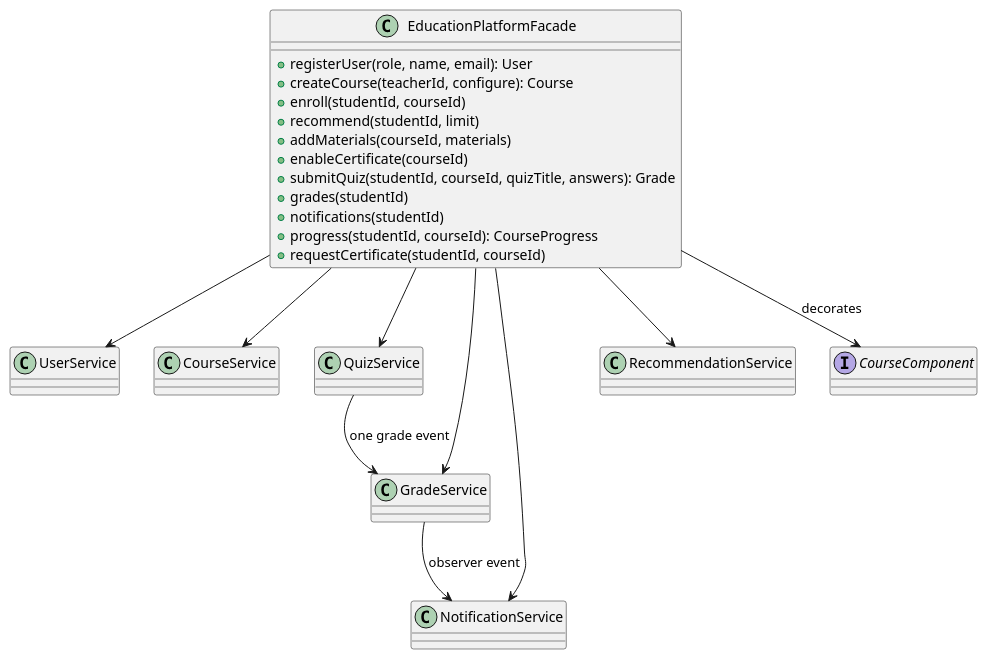
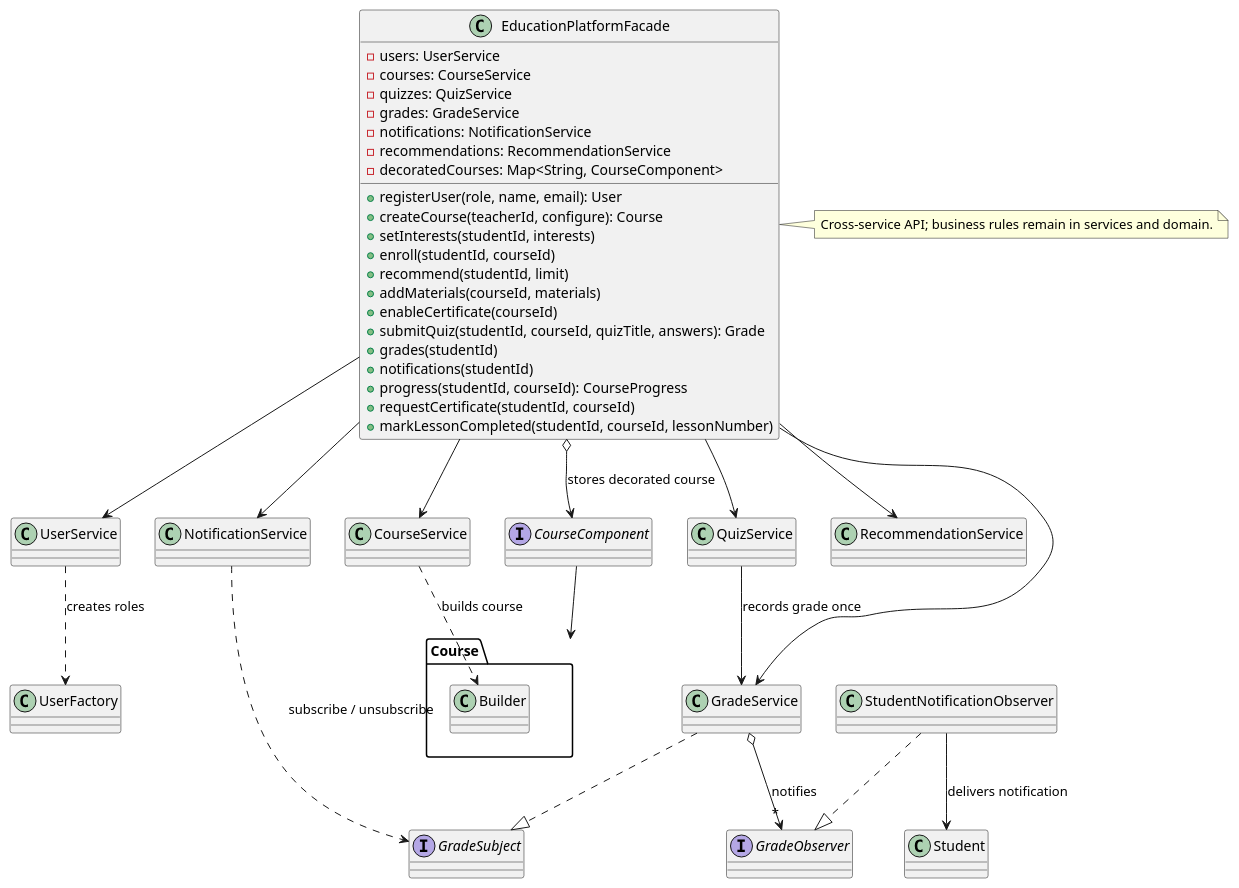
Before and after one commit to vuus1d/SDP_Final_Online-Education-Platform: the diagram in docs/uml/facade-class.puml, drawn with PlantUML. The commit also changed 44 other files, not shown here.

Commit message:
fix: harden quiz progress and observer consistency

```diff
--- a/docs/uml/facade-class.puml
+++ b/docs/uml/facade-class.puml
@@ -1,31 +1,52 @@
 @startuml
 class EducationPlatformFacade {
+ -users: UserService
+ -courses: CourseService
+ -quizzes: QuizService
+ -grades: GradeService
+ -notifications: NotificationService
+ -recommendations: RecommendationService
+ -decoratedCourses: Map<String, CourseComponent>
  +registerUser(role, name, email): User
  +createCourse(teacherId, configure): Course
+ +setInterests(studentId, interests)
  +enroll(studentId, courseId)
  +recommend(studentId, limit)
  +addMaterials(courseId, materials)
  +enableCertificate(courseId)
  +submitQuiz(studentId, courseId, quizTitle, answers): Grade
  +grades(studentId)
  +notifications(studentId)
  +progress(studentId, courseId): CourseProgress
  +requestCertificate(studentId, courseId)
+ +markLessonCompleted(studentId, courseId, lessonNumber)
 }
 class UserService
 class CourseService
 class QuizService
 class GradeService
 class NotificationService
 class RecommendationService
 interface CourseComponent
+interface GradeObserver
+interface GradeSubject
+class StudentNotificationObserver
+class Student
 EducationPlatformFacade --> UserService
 EducationPlatformFacade --> CourseService
 EducationPlatformFacade --> QuizService
 EducationPlatformFacade --> GradeService
 EducationPlatformFacade --> NotificationService
 EducationPlatformFacade --> RecommendationService
-EducationPlatformFacade --> CourseComponent : decorates
-QuizService --> GradeService : one grade event
-GradeService --> NotificationService : observer event
+EducationPlatformFacade o--> CourseComponent : stores decorated course
+QuizService --> GradeService : records grade once
+GradeService ..|> GradeSubject
+GradeService o--> "*" GradeObserver : notifies
+StudentNotificationObserver ..|> GradeObserver
+StudentNotificationObserver --> Student : delivers notification
+NotificationService ..> GradeSubject : subscribe / unsubscribe
+UserService ..> UserFactory : creates roles
+CourseService ..> Course.Builder : builds course
+CourseComponent --> Course
+note right of EducationPlatformFacade : Cross-service API; business rules remain in services and domain.
 @enduml
```
